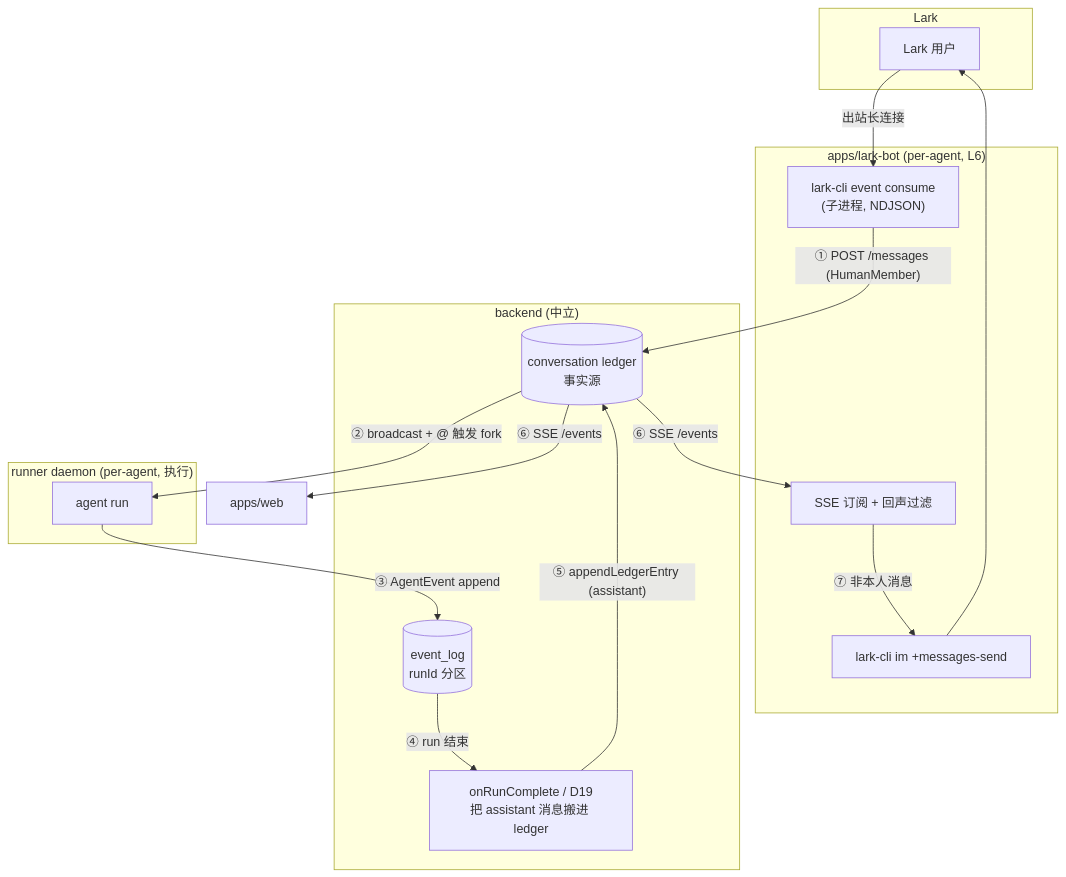
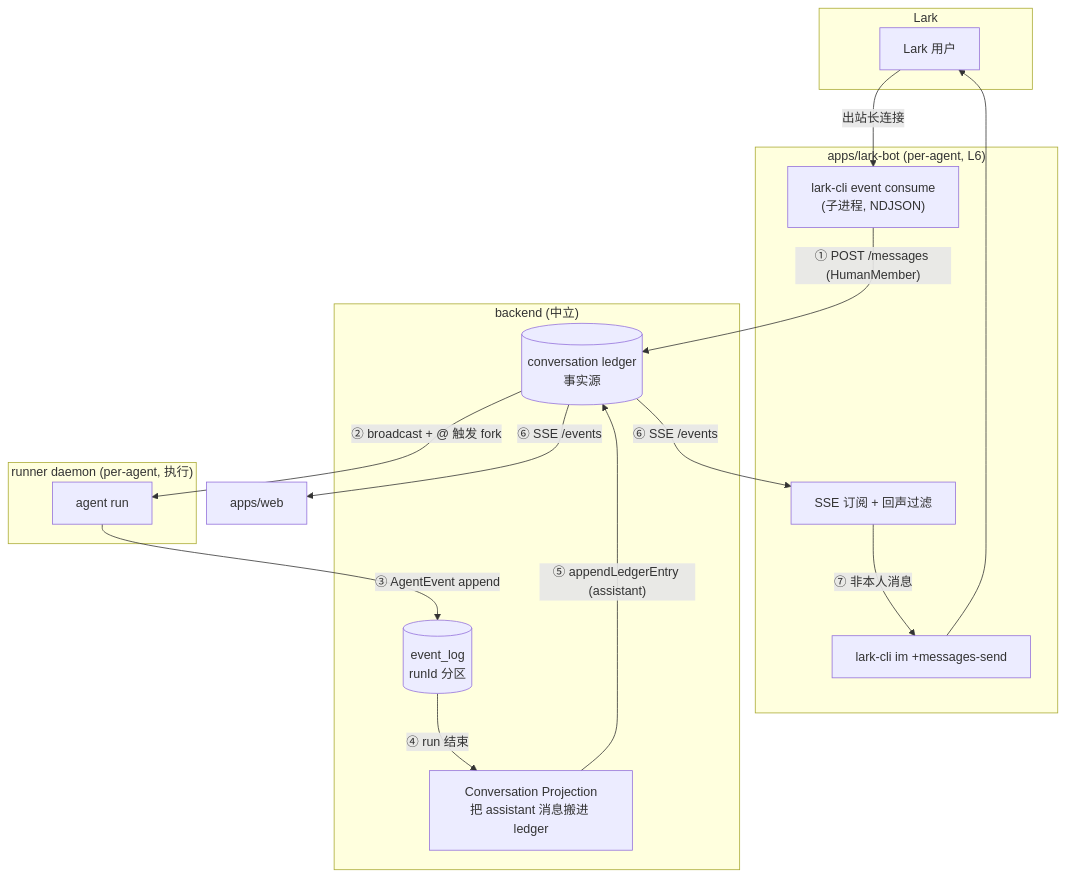
Before and after one commit to Chengchcc/my-agent-team: the first of 3 diagrams in docs/architecture/18-im-adapter.md, drawn with Mermaid. The commit also changed other lines of this file and 8 other files, not shown here.

First line of the commit message:
docs: D19→Conversation Projection — wiki-first naming, ban D-numbers from arch docs

````diff
--- a/docs/architecture/18-im-adapter.md
+++ b/docs/architecture/18-im-adapter.md
@@ -83,31 +83,31 @@
 ```mermaid
 flowchart TB
   subgraph Lark
     U[Lark 用户]
   end
   subgraph "apps/lark-bot (per-agent, L6)"
     EC["lark-cli event consume<br/>(子进程, NDJSON)"]
     SEND["lark-cli im +messages-send"]
     SUB["SSE 订阅 + 回声过滤"]
   end
   subgraph "backend (中立)"
     LEDGER[(conversation ledger<br/>事实源)]
     EVLOG[(event_log<br/>runId 分区)]
-    D19["onRunComplete / D19<br/>把 assistant 消息搬进 ledger"]
+    CPROJ["Conversation Projection<br/>把 assistant 消息搬进 ledger"]
   end
   subgraph runner["runner daemon (per-agent, 执行)"]
     RUN[agent run]
   end
   WEB[apps/web]
 
   U -- 出站长连接 --> EC
   EC -- "① POST /messages (HumanMember)" --> LEDGER
   LEDGER -- "② broadcast + @ 触发 fork" --> RUN
   RUN -- "③ AgentEvent append" --> EVLOG
-  EVLOG -- "④ run 结束" --> D19
-  D19 -- "⑤ appendLedgerEntry (assistant)" --> LEDGER
+  EVLOG -- "④ run 结束" --> CPROJ
+  CPROJ -- "⑤ appendLedgerEntry (assistant)" --> LEDGER
   LEDGER -- "⑥ SSE /events" --> SUB
   LEDGER -- "⑥ SSE /events" --> WEB
   SUB -- "⑦ 非本人消息" --> SEND
   SEND --> U
 ```
````
